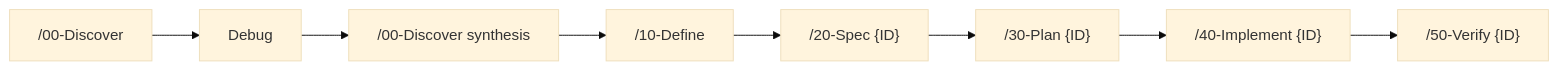
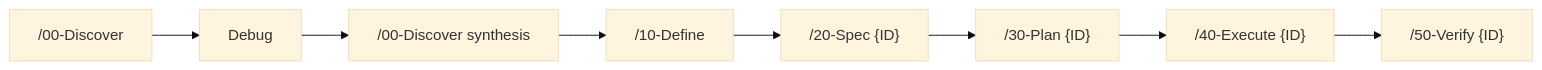
Before and after one commit to Jakkrich/nexus-devflow: the fifth of 5 diagrams in docs/USAGE.md, drawn with Mermaid (base theme). The commit also changed other lines of this file and 120 other files, not shown here.

Commit message:
feat: release v2.0.15 with dual-track architecture, separate feature/fix skills, 40-execute rename, idea inbox and full documentation website

````diff
--- a/docs/USAGE.md
+++ b/docs/USAGE.md
@@ -210,4 +210,4 @@
 ```mermaid
 flowchart LR
-    D00["/00-Discover"] --> X["Debug"] --> S["/00-Discover synthesis"] --> D10["/10-Define"] --> D20["/20-Spec {ID}"] --> D30["/30-Plan {ID}"] --> D40["/40-Implement {ID}"] --> D50["/50-Verify {ID}"]
+    D00["/00-Discover"] --> X["Debug"] --> S["/00-Discover synthesis"] --> D10["/10-Define"] --> D20["/20-Spec {ID}"] --> D30["/30-Plan {ID}"] --> D40["/40-Execute {ID}"] --> D50["/50-Verify {ID}"]
 ```
````
